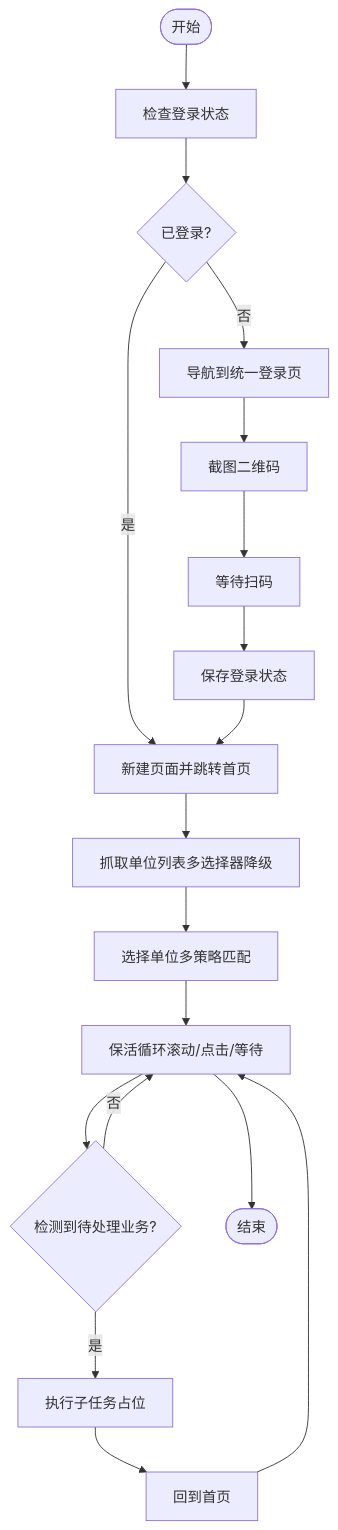
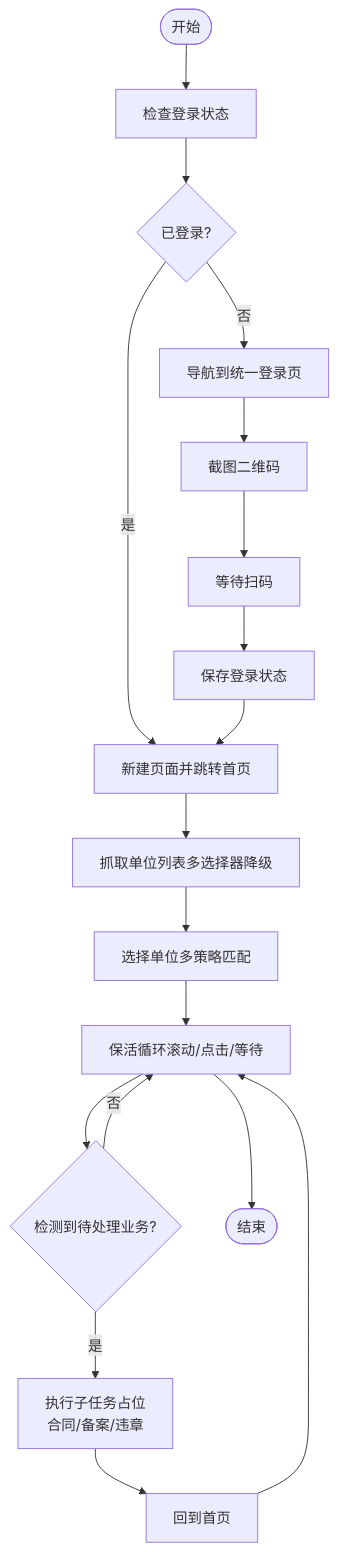
Before and after one commit to onebody/ccclubs_AI_RPA: the fourth of 13 diagrams in .qoder/repowiki/zh/content/浏览器自动化/浏览器自动化.md, drawn with Mermaid. The commit also changed other lines of this file and 5 other files, not shown here.

````diff
--- a/.qoder/repowiki/zh/content/浏览器自动化/浏览器自动化.md
+++ b/.qoder/repowiki/zh/content/浏览器自动化/浏览器自动化.md
@@ -211,20 +225,20 @@
 ```mermaid
 flowchart TD
 Start(["开始"]) --> CheckLogin["检查登录状态"]
 CheckLogin --> IsLoggedIn{"已登录?"}
 IsLoggedIn -- 否 --> NavLogin["导航到统一登录页"]
 NavLogin --> CaptureQR["截图二维码"]
 CaptureQR --> WaitScan["等待扫码"]
 WaitScan --> SaveState["保存登录状态"]
 IsLoggedIn -- 是 --> NewPage["新建页面并跳转首页"]
 SaveState --> NewPage
 NewPage --> ScrapeList["抓取单位列表多选择器降级"]
 ScrapeList --> SelectCompany["选择单位多策略匹配"]
 SelectCompany --> KeepAlive["保活循环滚动/点击/等待"]
 KeepAlive --> PendingBiz{"检测到待处理业务?"}
-PendingBiz -- 是 --> ExecSub["执行子任务占位"]
+PendingBiz -- 是 --> ExecSub["执行子任务占位<br/>合同/备案/违章"]
 ExecSub --> Home["回到首页"]
 Home --> KeepAlive
 PendingBiz -- 否 --> KeepAlive
 KeepAlive --> End(["结束"])
 ```
````
